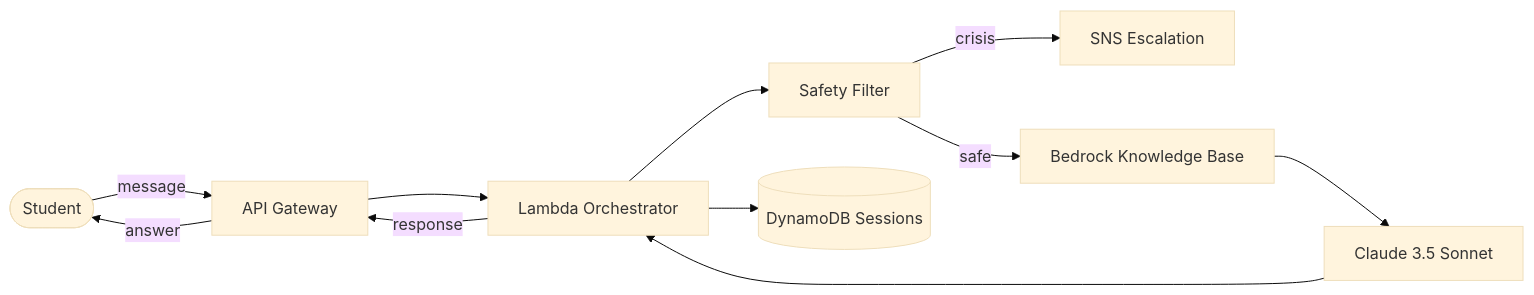
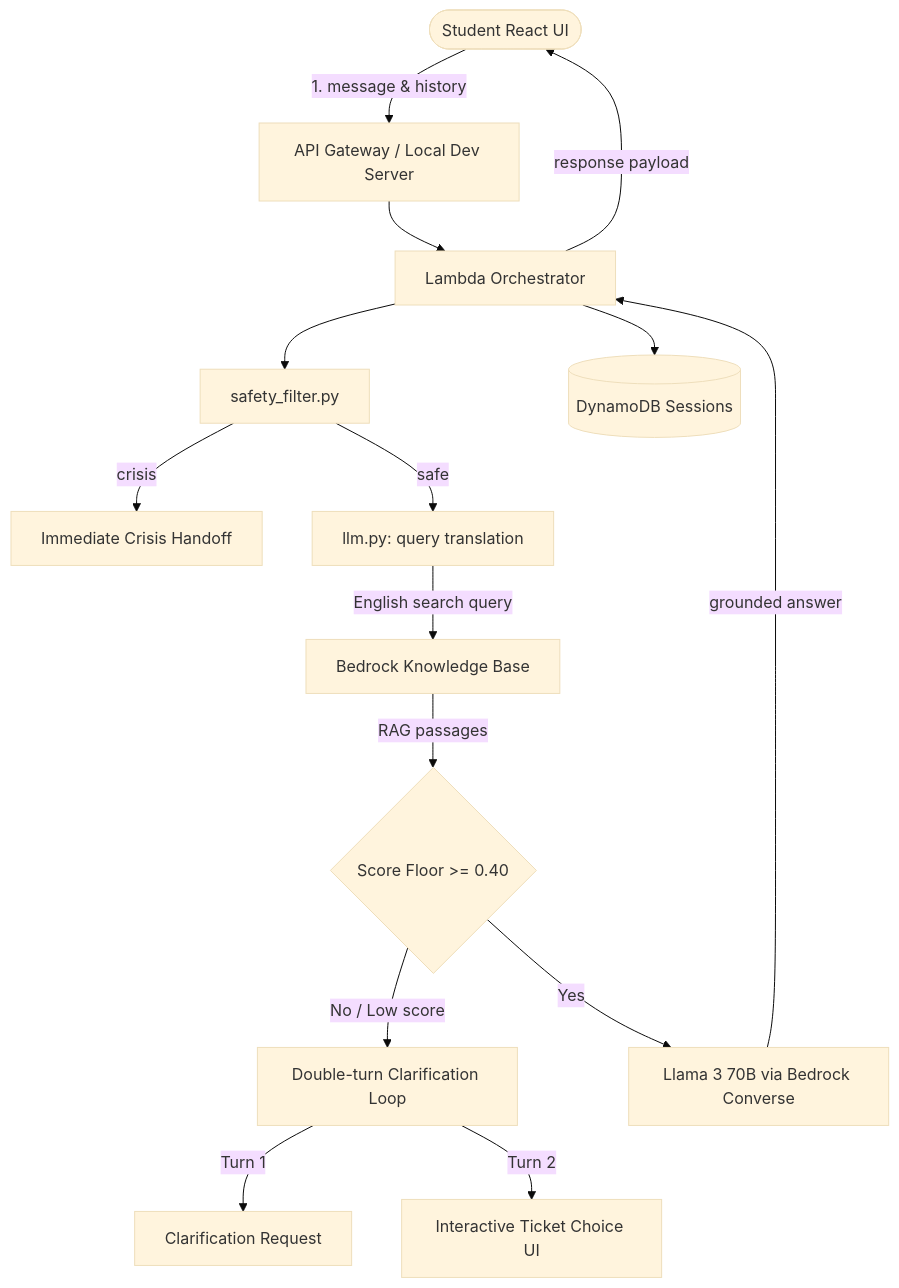
Before and after one commit to asherdrake/CSUCI-StudentSuccessNavigator: the diagram in README.md, drawn with Mermaid (base theme). The commit also changed other lines of this file, not shown here.

Commit message:
Update root README to document the merged frontend React project and local startup setup instructions

````diff
--- a/README.md
+++ b/README.md
@@ -11,13 +11,17 @@
 ```mermaid
-flowchart LR
-    Student([Student]) -->|message| APIGW[API Gateway]
+flowchart TD
+    Student([Student React UI]) -->|1. message & history| APIGW[API Gateway / Local Dev Server]
     APIGW --> Lambda[Lambda Orchestrator]
-    Lambda --> Safety[Safety Filter]
-    Safety -->|crisis| SNS[SNS Escalation]
-    Safety -->|safe| KB[Bedrock Knowledge Base]
-    KB --> Claude[Claude 3.5 Sonnet]
-    Claude --> Lambda
+    Lambda --> Safety[safety_filter.py]
+    Safety -->|crisis| Helpline[Immediate Crisis Handoff]
+    Safety -->|safe| Translate[llm.py: query translation]
+    Translate -->|English search query| KB[Bedrock Knowledge Base]
+    KB -->|RAG passages| Floor{Score Floor >= 0.40}
+    Floor -->|No / Low score| Clarify[Double-turn Clarification Loop]
+    Clarify -->|Turn 1| RephraseMsg[Clarification Request]
+    Clarify -->|Turn 2| EscCard[Interactive Ticket Choice UI]
+    Floor -->|Yes| Claude[Llama 3 70B via Bedrock Converse]
+    Claude -->|grounded answer| Lambda
     Lambda --> DDB[(DynamoDB Sessions)]
-    Lambda -->|response| APIGW
-    APIGW -->|answer| Student
+    Lambda -->|response payload| Student
 ```
````
